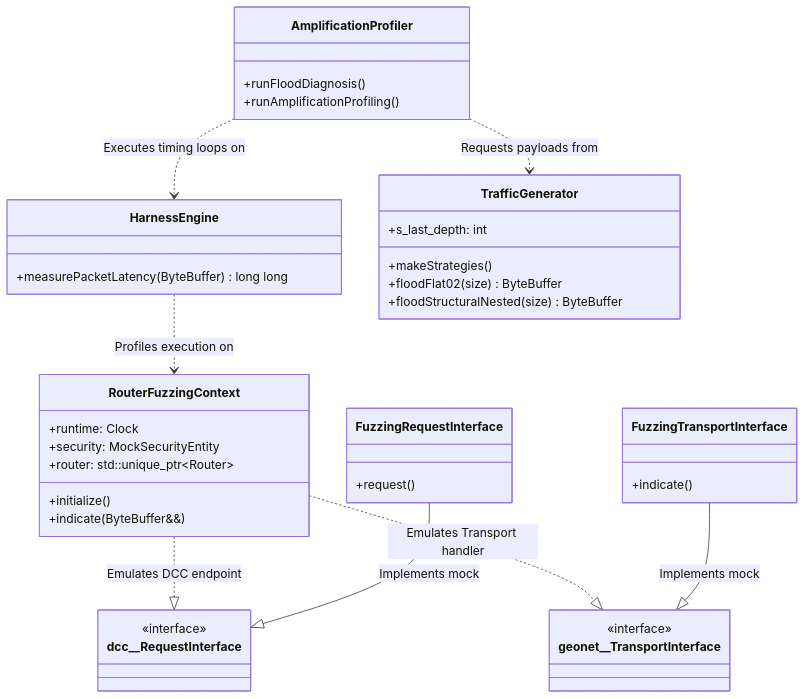
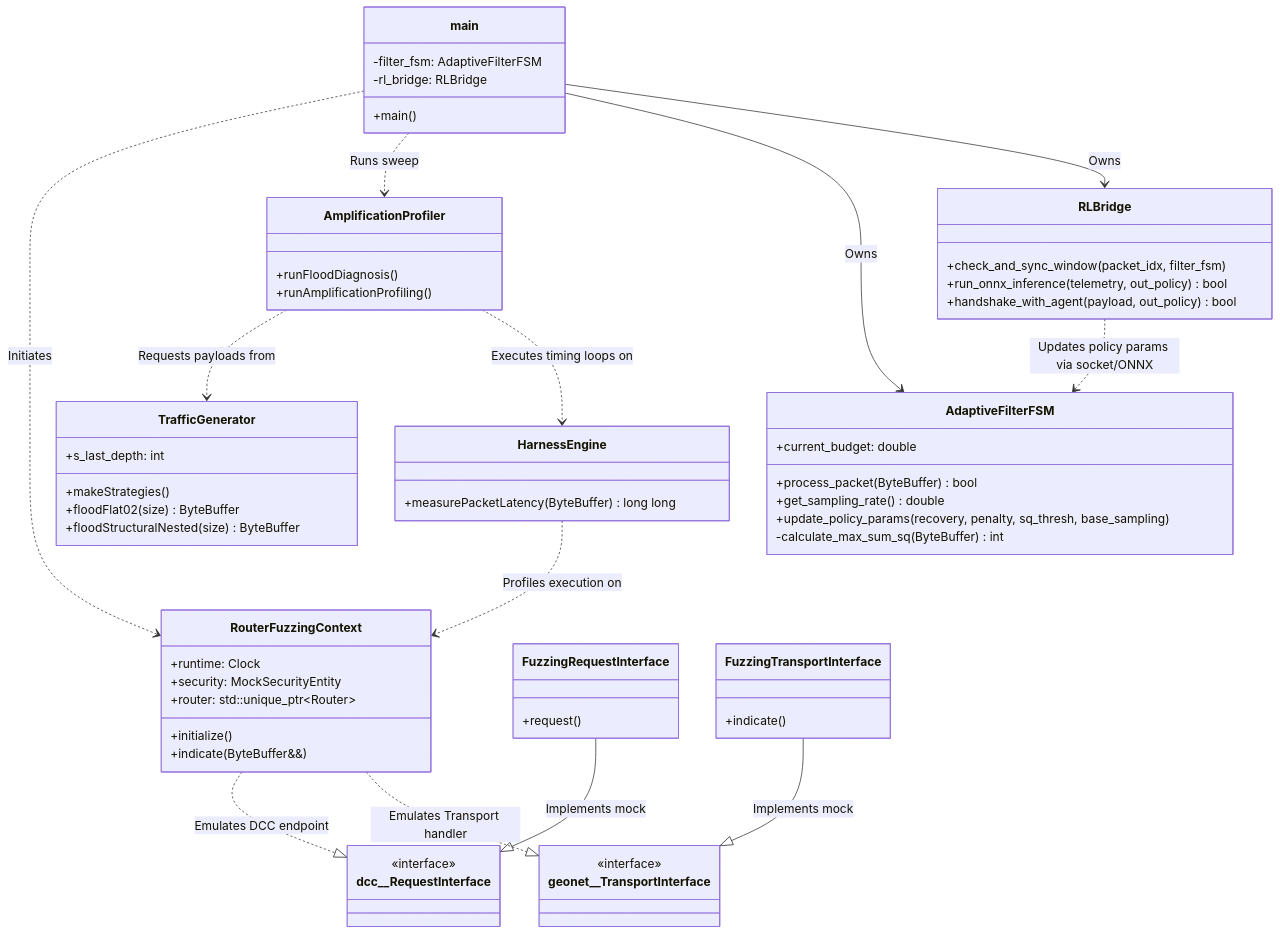
The third of 5 diagrams in vanetza_unpatched/tools/qos-harness/README.md (tw89Coder/adam-v2x), drawn with Mermaid before and after one commit. The commit also changed other lines of this file and 1 other file, not shown here.

Commit message:
docs(qos-harness): document FSM filter, system co-sim, and academic contributions

````diff
--- a/vanetza_unpatched/tools/qos-harness/README.md
+++ b/vanetza_unpatched/tools/qos-harness/README.md
@@ -112,43 +121,65 @@
 ```mermaid
 classDiagram
+    class main {
+        +main()
+        -filter_fsm: AdaptiveFilterFSM
+        -rl_bridge: RLBridge
+    }
     class RouterFuzzingContext {
         +runtime: Clock
         +security: MockSecurityEntity
         +router: std::unique_ptr~Router~
         +initialize()
         +indicate(ByteBuffer&&)
     }
     class dcc__RequestInterface {
         <<interface>>
     }
     class geonet__TransportInterface {
         <<interface>>
     }
     class FuzzingRequestInterface {
         +request()
     }
     class FuzzingTransportInterface {
         +indicate()
     }
     class HarnessEngine {
         +measurePacketLatency(ByteBuffer) long long
     }
     class TrafficGenerator {
         +s_last_depth: int
         +makeStrategies()
         +floodFlat02(size) ByteBuffer
         +floodStructuralNested(size) ByteBuffer
     }
     class AmplificationProfiler {
         +runFloodDiagnosis()
         +runAmplificationProfiling()
     }
+    class AdaptiveFilterFSM {
+        +current_budget: double
+        +process_packet(ByteBuffer) bool
+        +get_sampling_rate() double
+        +update_policy_params(recovery, penalty, sq_thresh, base_sampling)
+        -calculate_max_sum_sq(ByteBuffer) int
+    }
+    class RLBridge {
+        +check_and_sync_window(packet_idx, filter_fsm)
+        +run_onnx_inference(telemetry, out_policy) bool
+        +handshake_with_agent(payload, out_policy) bool
+    }
     
+    main ..> RouterFuzzingContext : Initiates
+    main ..> AmplificationProfiler : Runs sweep
+    main --> AdaptiveFilterFSM : Owns
+    main --> RLBridge : Owns
+    RLBridge ..> AdaptiveFilterFSM : Updates policy params via socket/ONNX
     RouterFuzzingContext ..|> dcc__RequestInterface : Emulates DCC endpoint
     RouterFuzzingContext ..|> geonet__TransportInterface : Emulates Transport handler
     FuzzingRequestInterface --|> dcc__RequestInterface : Implements mock
     FuzzingTransportInterface --|> geonet__TransportInterface : Implements mock
     HarnessEngine ..> RouterFuzzingContext : Profiles execution on
     AmplificationProfiler ..> TrafficGenerator : Requests payloads from
     AmplificationProfiler ..> HarnessEngine : Executes timing loops on
 ```
````
